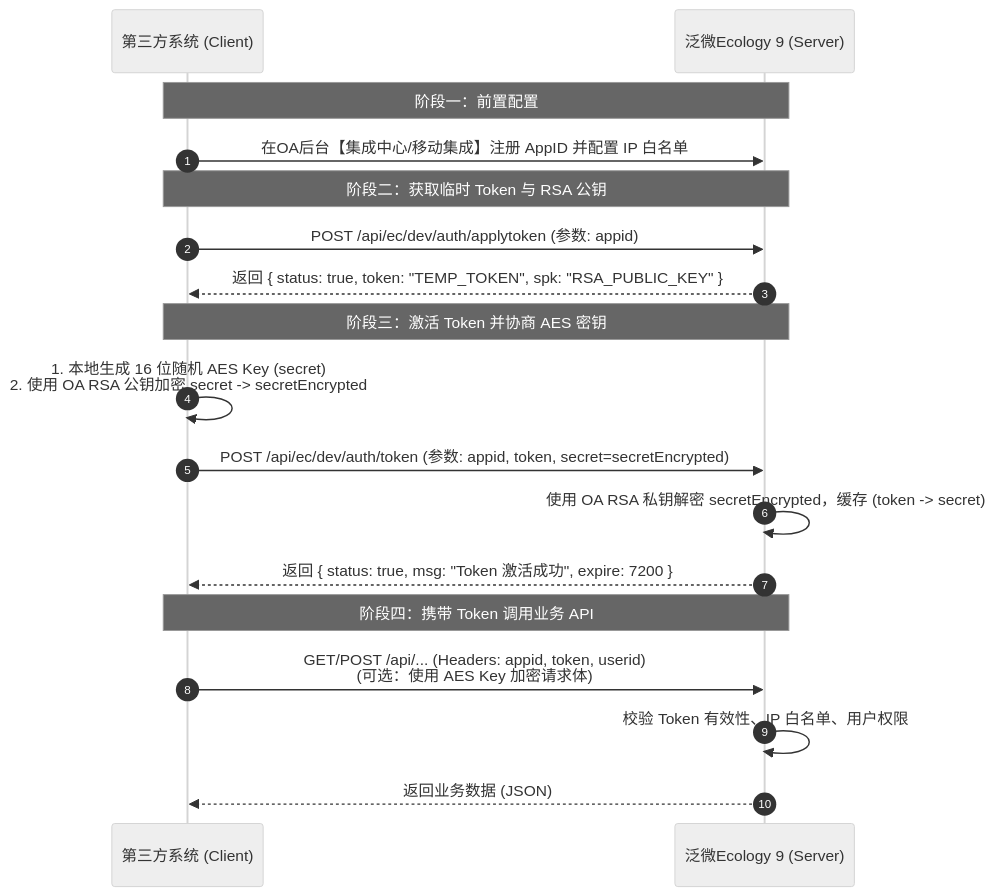
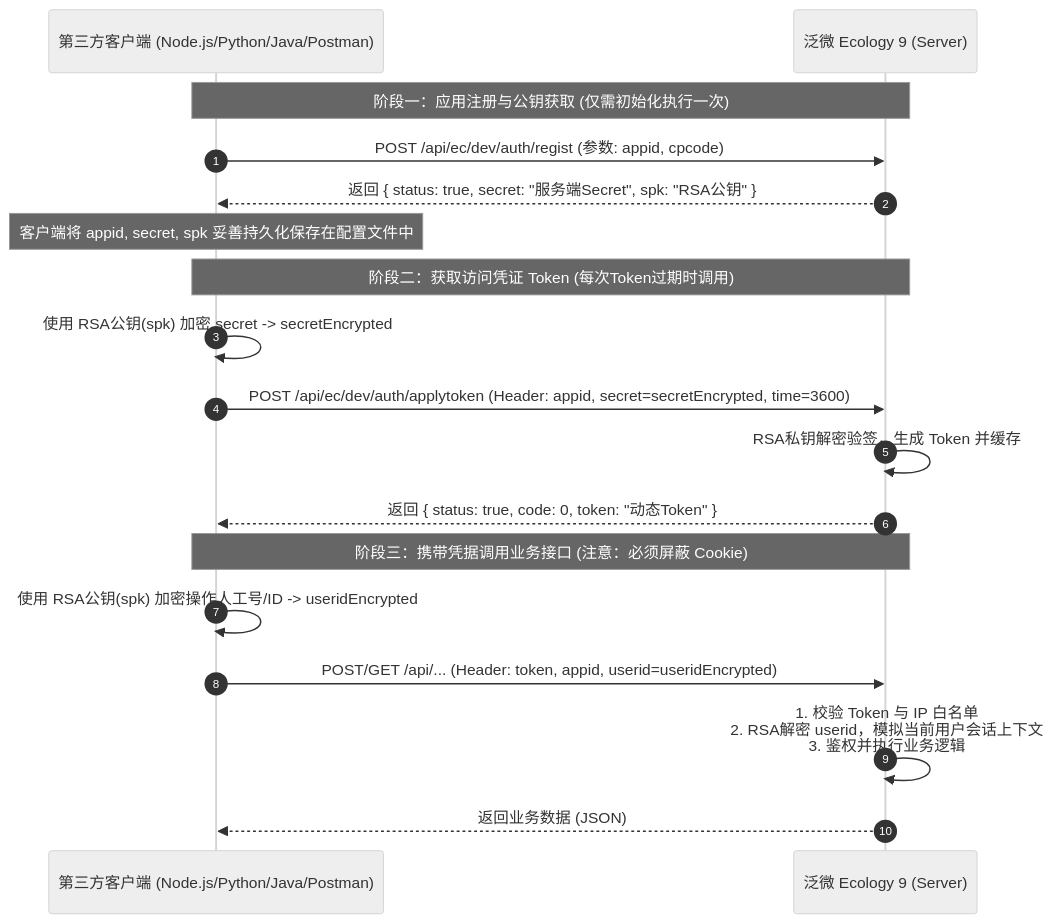
The diagram in .agents/skills/weaver-oa-dev/references/01_auth_and_security.md (silent-reader-cn/weaver-oa-dev), drawn with Mermaid (neutral theme) before and after one commit. The commit also changed other lines of this file and 17 other files, not shown here.

````diff
--- a/.agents/skills/weaver-oa-dev/references/01_auth_and_security.md
+++ b/.agents/skills/weaver-oa-dev/references/01_auth_and_security.md
@@ -11,24 +11,23 @@
 ```mermaid
 sequenceDiagram
     autonumber
-    participant Client as 第三方系统 (Client)
-    participant OA as 泛微Ecology 9 (Server)
+    participant Client as 第三方客户端 (Node.js/Python/Java/Postman)
+    participant OA as 泛微 Ecology 9 (Server)
 
-    Note over Client,OA: 阶段一：前置配置
-    Client->>OA: 在OA后台【集成中心/移动集成】注册 AppID 并配置 IP 白名单
+    Note over Client,OA: 阶段一：应用注册与公钥获取 (仅需初始化执行一次)
+    Client->>OA: POST /api/ec/dev/auth/regist (参数: appid, cpcode)
+    OA-->>Client: 返回 { status: true, secret: "服务端Secret", spk: "RSA公钥" }
+    Note over Client: 客户端将 appid, secret, spk 妥善持久化保存在配置文件中
 
-    Note over Client,OA: 阶段二：获取临时 Token 与 RSA 公钥
-    Client->>OA: POST /api/ec/dev/auth/applytoken (参数: appid)
-    OA-->>Client: 返回 { status: true, token: "TEMP_TOKEN", spk: "RSA_PUBLIC_KEY" }
+    Note over Client,OA: 阶段二：获取访问凭证 Token (每次Token过期时调用)
+    Client->>Client: 使用 RSA公钥(spk) 加密 secret -> secretEncrypted
+    Client->>OA: POST /api/ec/dev/auth/applytoken (Header: appid, secret=secretEncrypted, time=3600)
+    OA->>OA: RSA私钥解密验签，生成 Token 并缓存
+    OA-->>Client: 返回 { status: true, code: 0, token: "动态Token" }
 
-    Note over Client,OA: 阶段三：激活 Token 并协商 AES 密钥
-    Client->>Client: 1. 本地生成 16 位随机 AES Key (secret)<br/>2. 使用 OA RSA 公钥加密 secret -> secretEncrypted
-    Client->>OA: POST /api/ec/dev/auth/token (参数: appid, token, secret=secretEncrypted)
-    OA->>OA: 使用 OA RSA 私钥解密 secretEncrypted，缓存 (token -> secret)
-    OA-->>Client: 返回 { status: true, msg: "Token 激活成功", expire: 7200 }
-
-    Note over Client,OA: 阶段四：携带 Token 调用业务 API
-    Client->>OA: GET/POST /api/... (Headers: appid, token, userid)<br/>(可选：使用 AES Key 加密请求体)
-    OA->>OA: 校验 Token 有效性、IP 白名单、用户权限
+    Note over Client,OA: 阶段三：携带凭据调用业务接口 (注意：必须屏蔽 Cookie)
+    Client->>Client: 使用 RSA公钥(spk) 加密操作人工号/ID -> useridEncrypted
+    Client->>OA: POST/GET /api/... (Header: token, appid, userid=useridEncrypted)
+    OA->>OA: 1. 校验 Token 与 IP 白名单<br/>2. RSA解密 userid，模拟当前用户会话上下文<br/>3. 鉴权并执行业务逻辑
     OA-->>Client: 返回业务数据 (JSON)
 ```
````
